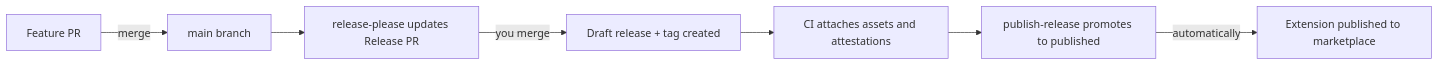
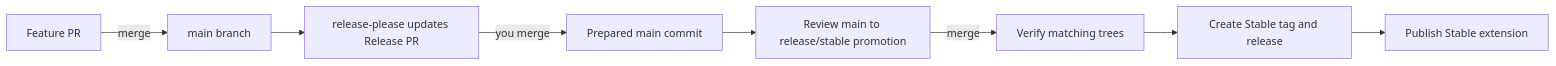
One commit to microsoft/hve-core changed the first of 2 diagrams in docs/contributing/release-process.md. Above: the diagram before and after it, drawn with Mermaid. The commit also changed other lines of this file and 134 other files, not shown here.

````diff
--- a/docs/contributing/release-process.md
+++ b/docs/contributing/release-process.md
@@ -16,9 +16,10 @@
 ```mermaid
 flowchart LR
     A[Feature PR] -->|merge| B[main branch]
     B --> C[release-please updates Release PR]
-    C -->|you merge| D[Draft release + tag created]
-    D --> E[CI attaches assets and attestations]
-    E --> F[publish-release promotes to published]
-    F -->|automatically| G[Extension published to marketplace]
+    C -->|you merge| D[Prepared main commit]
+    D --> E[Review main to release/stable promotion]
+    E -->|merge| F[Verify matching trees]
+    F --> G[Create Stable tag and release]
+    G --> H[Publish Stable extension]
 ```
````
